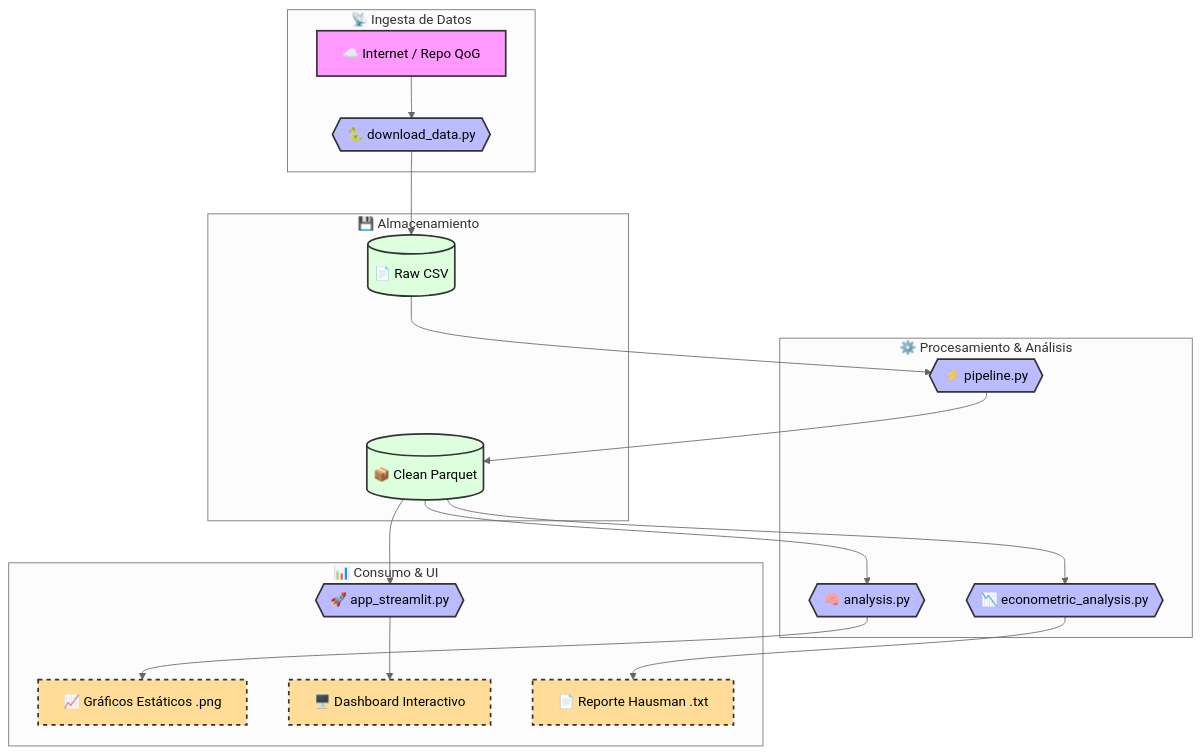
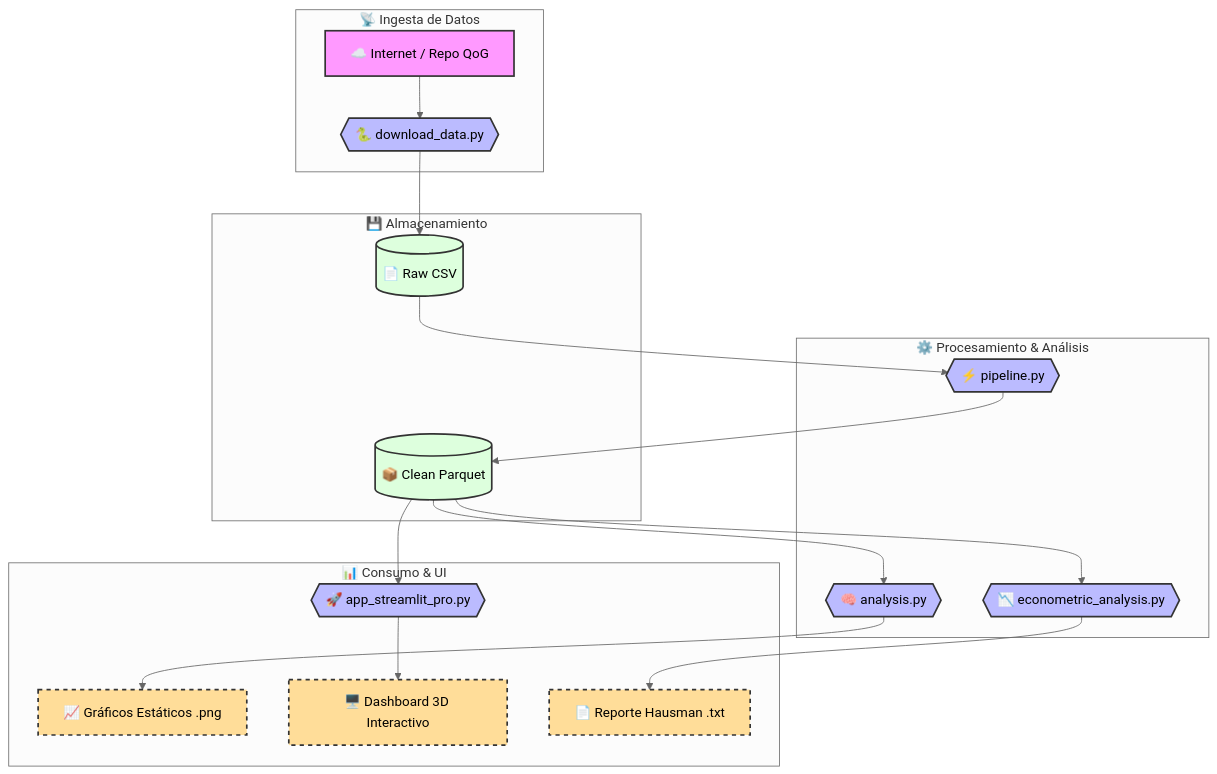
Before and after one commit to alxz0212/Avance_TF_CDM: the diagram in 05_EXPLICACION_CODIGO.md, drawn with Mermaid (neutral theme). The commit also changed other lines of this file and 3 other files, not shown here.

Commit message:
feat: added Pro Dashboard with 3D globe and dark UI

````diff
--- a/05_EXPLICACION_CODIGO.md
+++ b/05_EXPLICACION_CODIGO.md
@@ -97,43 +100,43 @@
 ```mermaid
 graph TD
     %% Estilos
     classDef source fill:#f9f,stroke:#333,stroke-width:2px;
     classDef script fill:#bbf,stroke:#333,stroke-width:2px,color:black;
     classDef data fill:#dfd,stroke:#333,stroke-width:2px,color:black;
     classDef output fill:#fd9,stroke:#333,stroke-width:2px,color:black,stroke-dasharray: 5 5;
 
     subgraph INGESTA ["📡 Ingesta de Datos"]
         A[☁️ Internet / Repo QoG]:::source
         Script1{{🐍 download_data.py}}:::script
     end
 
     subgraph PROCESAMIENTO ["⚙️ Procesamiento & Análisis"]
         Script2{{⚡ pipeline.py}}:::script
         Script3{{🧠 analysis.py}}:::script
         Script5{{📉 econometric_analysis.py}}:::script
     end
 
     subgraph ALMACENAMIENTO ["💾 Almacenamiento"]
         B[(📄 Raw CSV)]:::data
         C[(📦 Clean Parquet)]:::data
     end
 
     subgraph VISUALIZACION ["📊 Consumo & UI"]
-        Script4{{🚀 app_streamlit.py}}:::script
+        Script4{{🚀 app_streamlit_pro.py}}:::script
         D[📈 Gráficos Estáticos .png]:::output
-        E[🖥️ Dashboard Interactivo]:::output
+        E[🖥️ Dashboard 3D Interactivo]:::output
         F[📄 Reporte Hausman .txt]:::output
     end
 
     %% Relaciones
     A --> Script1
     Script1 --> B
     B --> Script2
     Script2 --> C
     C --> Script3
     C --> Script4
     C --> Script5
     Script3 --> D
     Script4 --> E
     Script5 --> F
 ```
````
